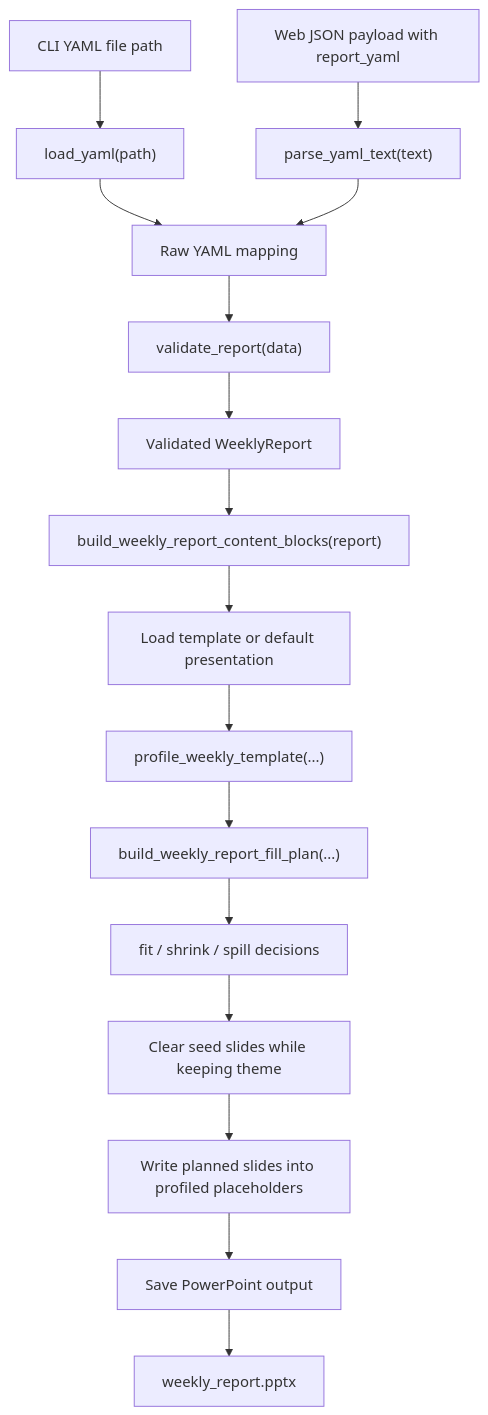
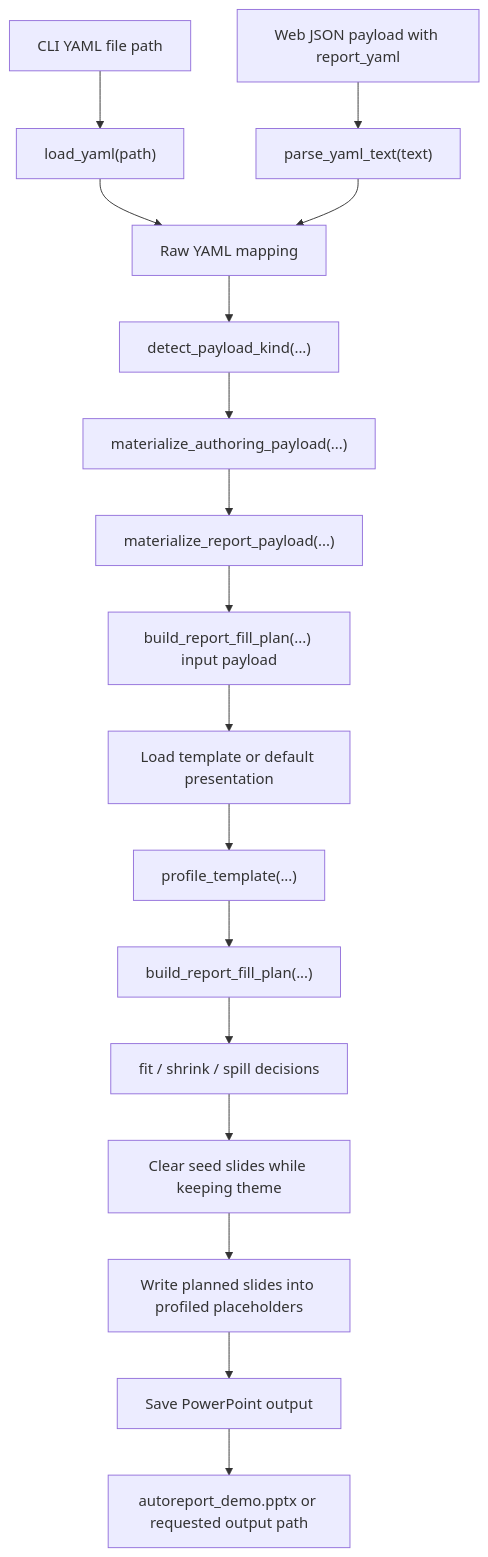
The diagram in docs/architecture/generation-flow.md (tubtrb/autoreport), drawn with Mermaid before and after one commit. The commit also changed other lines of this file and 30 other files, not shown here.

Commit message:
sync repo guidance with current contract flow

````diff
--- a/docs/architecture/generation-flow.md
+++ b/docs/architecture/generation-flow.md
@@ -6,20 +6,21 @@
 ```mermaid
 flowchart TD
     CLIIN["CLI YAML file path"] --> FILELOAD["load_yaml(path)"]
     WEBIN["Web JSON payload with report_yaml"] --> TEXTLOAD["parse_yaml_text(text)"]
 
     FILELOAD --> RAW["Raw YAML mapping"]
     TEXTLOAD --> RAW
 
-    RAW --> VALIDATE["validate_report(data)"]
-    VALIDATE --> REPORT["Validated WeeklyReport"]
-    REPORT --> BLOCKS["build_weekly_report_content_blocks(report)"]
+    RAW --> KIND["detect_payload_kind(...)"]
+    KIND --> AUTHOR["materialize_authoring_payload(...)"]
+    AUTHOR --> REPORT["materialize_report_payload(...)"]
+    REPORT --> BLOCKS["build_report_fill_plan(...) input payload"]
     BLOCKS --> TEMPLATE["Load template or default presentation"]
-    TEMPLATE --> PROFILE["profile_weekly_template(...)"]
-    PROFILE --> PLAN["build_weekly_report_fill_plan(...)"]
+    TEMPLATE --> PROFILE["profile_template(...)"]
+    PROFILE --> PLAN["build_report_fill_plan(...)"]
     PLAN --> FIT["fit / shrink / spill decisions"]
     FIT --> CLEAR["Clear seed slides while keeping theme"]
     CLEAR --> BUILD["Write planned slides into profiled placeholders"]
     BUILD --> SAVE["Save PowerPoint output"]
-    SAVE --> OUTFILE["weekly_report.pptx"]
+    SAVE --> OUTFILE["autoreport_demo.pptx or requested output path"]
 ```
````
